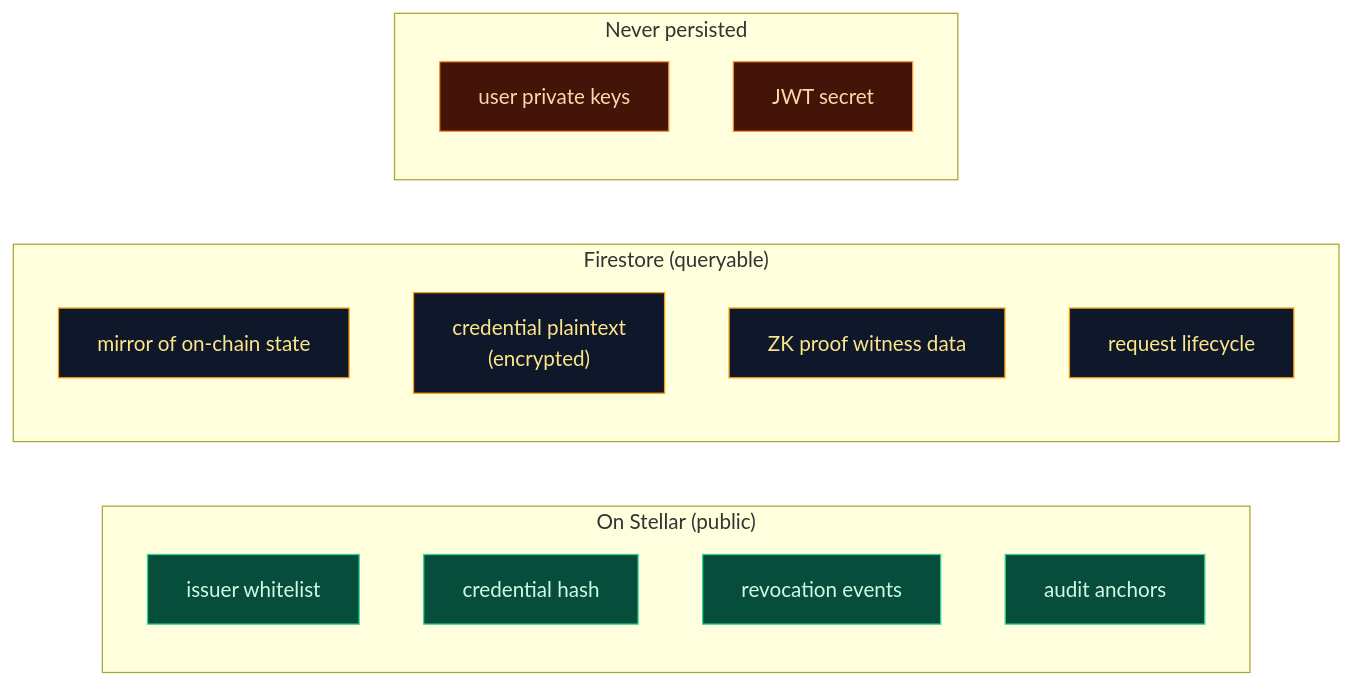
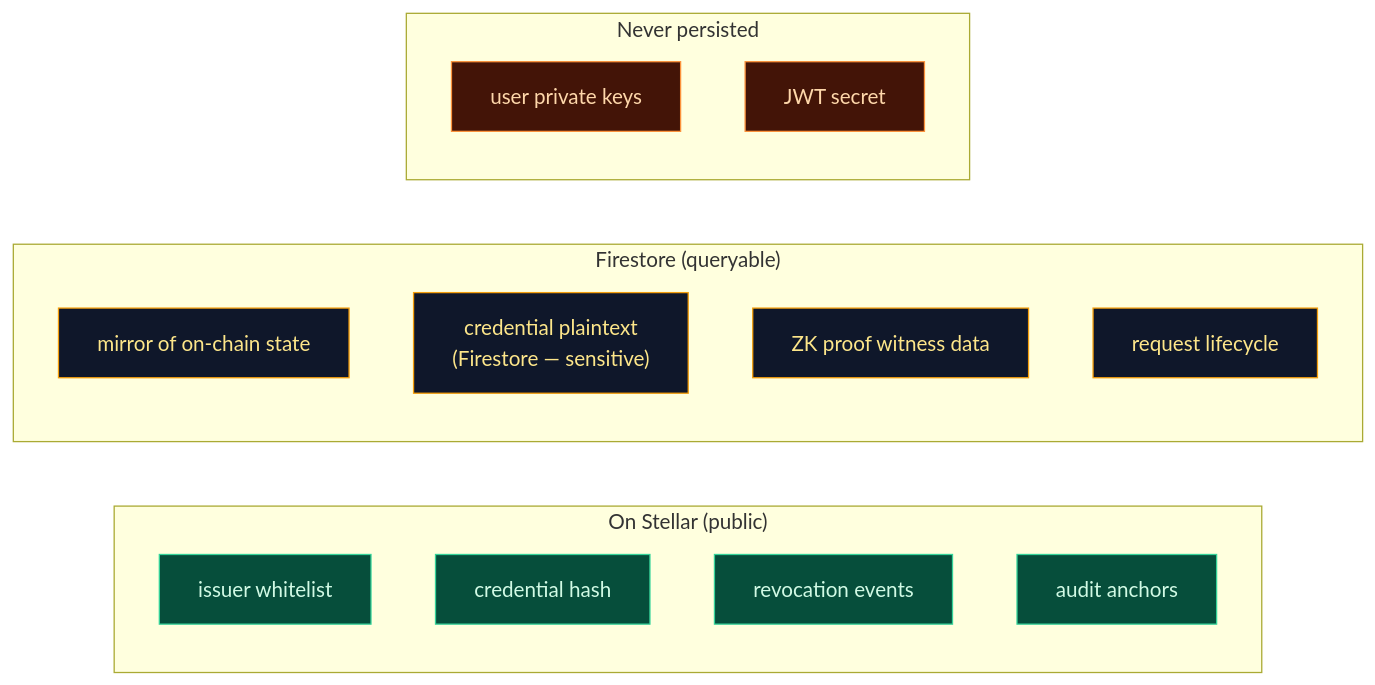
The third of 3 diagrams in README.md (nishant-uxs/krydo-stellar), drawn with Mermaid before and after one commit. The commit also changed other lines of this file and 2 other files, not shown here.

Commit message:
Align README and docs with wallet-signed Soroban flows.

````diff
--- a/README.md
+++ b/README.md
@@ -100,25 +106,25 @@
 ```mermaid
 flowchart LR
     subgraph Chain["On Stellar (public)"]
         C1["issuer whitelist"]
         C2["credential hash"]
         C3["revocation events"]
         C4["audit anchors"]
     end
     subgraph DB["Firestore (queryable)"]
         D1["mirror of on-chain state"]
-        D2["credential plaintext<br/>(encrypted)"]
+        D2["credential plaintext<br/>(Firestore — sensitive)"]
         D3["ZK proof witness data"]
         D4["request lifecycle"]
     end
     subgraph Never["Never persisted"]
         N1["user private keys"]
         N2["JWT secret"]
     end
     classDef chain fill:#064e3b,stroke:#34d399,color:#d1fae5
     classDef db fill:#0f172a,stroke:#f59e0b,color:#fde68a
     classDef never fill:#431407,stroke:#fb923c,color:#fed7aa
     class C1,C2,C3,C4 chain
     class D1,D2,D3,D4 db
     class N1,N2 never
 ```
````
